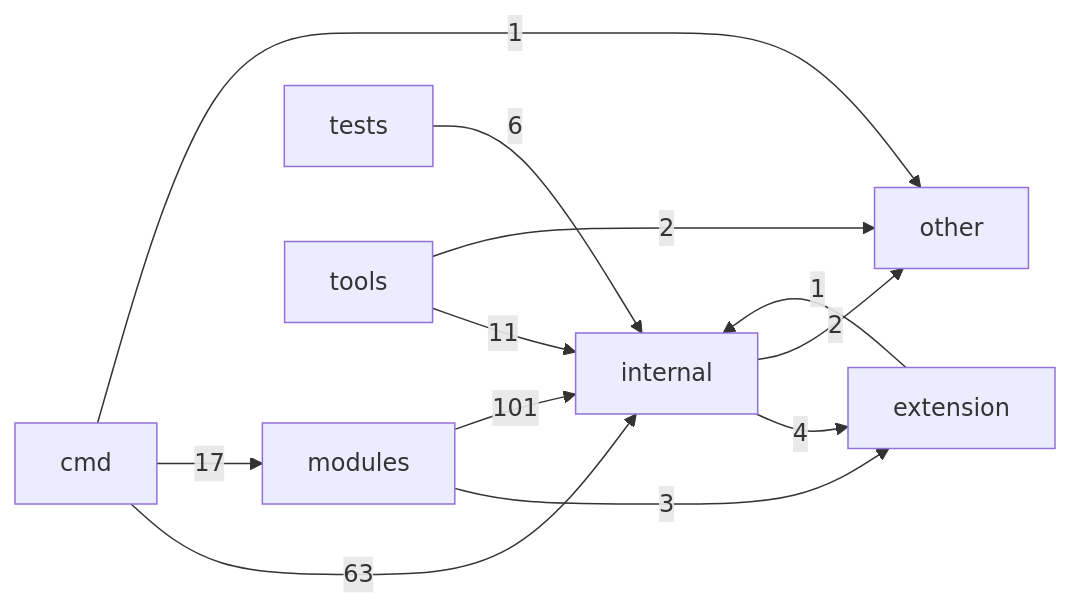
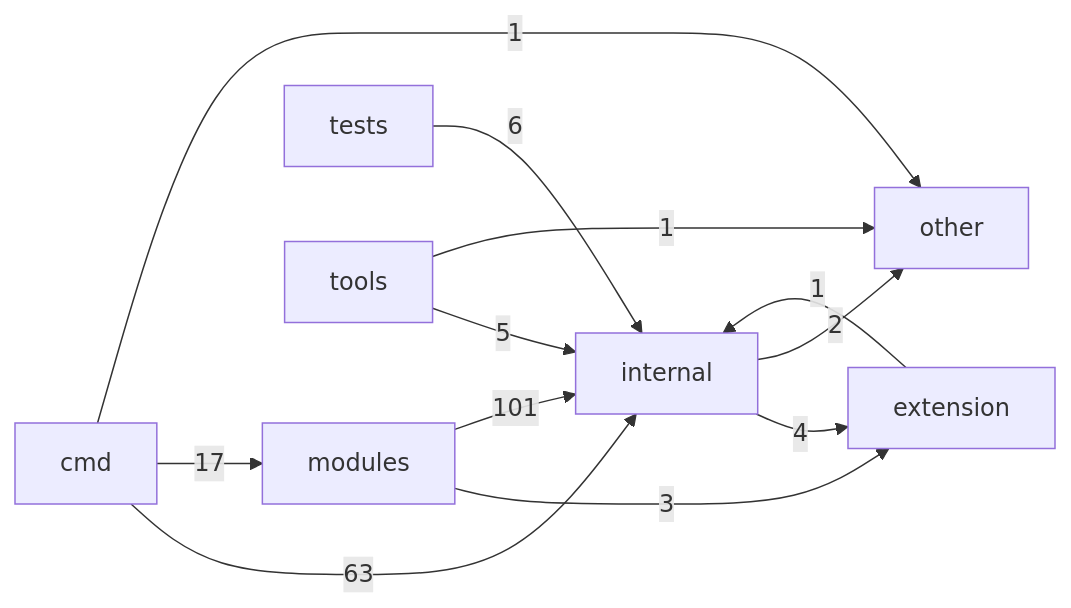
One commit to hydrohq/hydrogo changed the diagram in docs/architecture/CODEMAP.md. Above: the diagram before and after it, drawn with Mermaid. The commit also changed other lines of this file and 36 other files, not shown here.

````diff
--- a/docs/architecture/CODEMAP.md
+++ b/docs/architecture/CODEMAP.md
@@ -24,14 +24,14 @@
 ```mermaid
 flowchart LR
   cmd -->|63| internal
   cmd -->|17| modules
   cmd -->|1| other
   extension -->|1| internal
   internal -->|4| extension
   internal -->|2| other
   modules -->|3| extension
   modules -->|101| internal
   tests -->|6| internal
-  tools -->|11| internal
-  tools -->|2| other
+  tools -->|5| internal
+  tools -->|1| other
 ```
````
